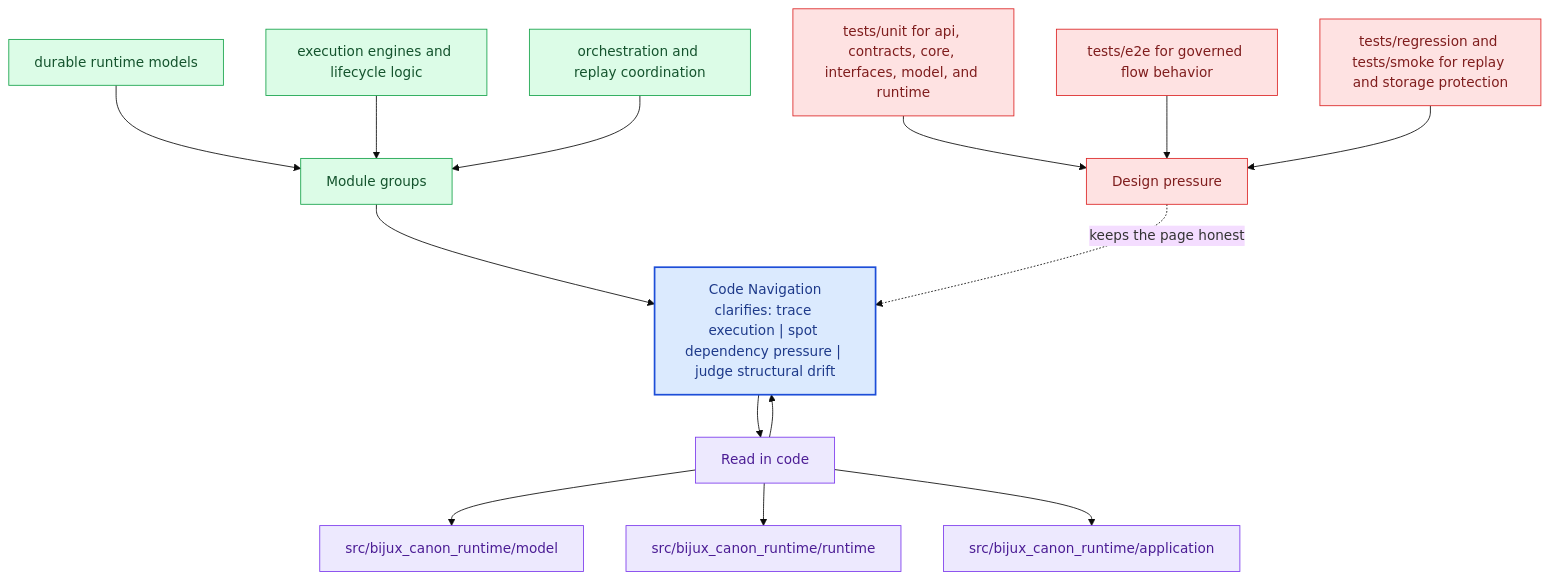
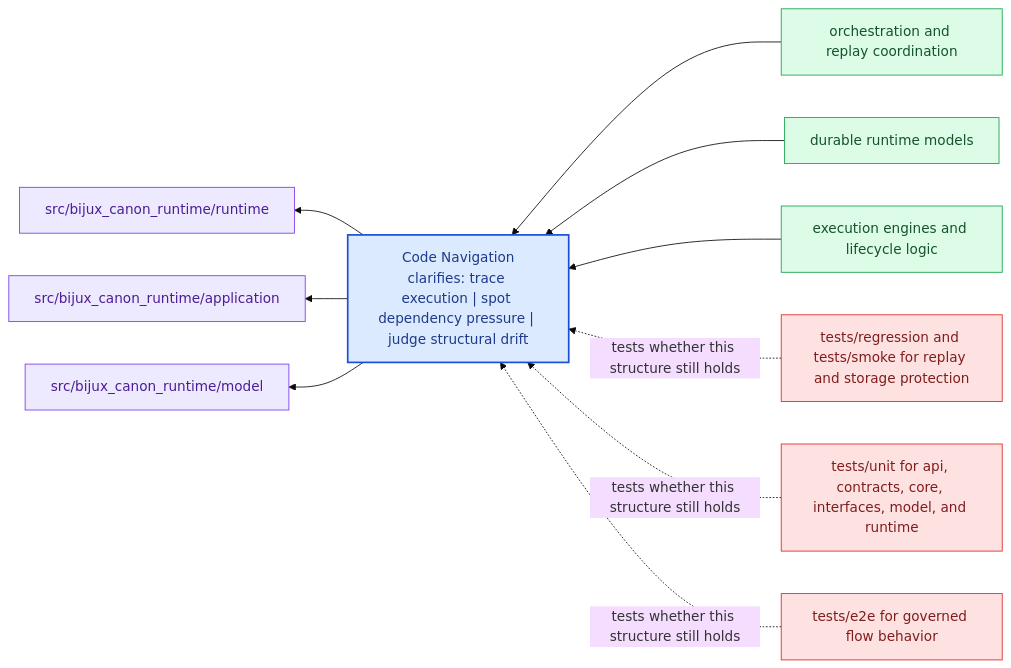
Before and after one commit to bijux/bijux-canon: the diagram in docs/bijux-canon-runtime/architecture/code-navigation.md, drawn with Mermaid (base theme). The commit also changed other lines of this file and 281 other files, not shown here.

Commit message:
docs(diagrams): replace repeated mermaid scaffolds with page-specific summaries

````diff
--- a/docs/bijux-canon-runtime/architecture/code-navigation.md
+++ b/docs/bijux-canon-runtime/architecture/code-navigation.md
@@ -66,40 +21,31 @@
 ```mermaid
-flowchart TB
-    promise["Code Navigation<br/>clarifies: trace execution | spot dependency pressure | judge structural drift"]
-    classDef promise fill:#dbeafe,stroke:#1d4ed8,color:#1e3a8a,stroke-width:2px;
-    classDef driver fill:#dcfce7,stroke:#16a34a,color:#14532d;
-    classDef constraint fill:#fee2e2,stroke:#dc2626,color:#7f1d1d;
-    classDef ground fill:#ede9fe,stroke:#7c3aed,color:#4c1d95;
-    focus1["Module groups"]
-    focus1 --> promise
-    focus1_1["durable runtime models"]
-    focus1_1 --> focus1
-    focus1_2["execution engines and lifecycle logic"]
-    focus1_2 --> focus1
-    focus1_3["orchestration and replay coordination"]
-    focus1_3 --> focus1
-    class focus1 driver;
-    class focus1_1,focus1_2,focus1_3 driver;
-    focus2["Read in code"]
-    focus2 --> promise
-    promise --> focus2
-    focus2_1["src/bijux_canon_runtime/model"]
-    focus2 --> focus2_1
-    focus2_2["src/bijux_canon_runtime/runtime"]
-    focus2 --> focus2_2
-    focus2_3["src/bijux_canon_runtime/application"]
-    focus2 --> focus2_3
-    class focus2 ground;
-    class focus2_1,focus2_2,focus2_3 ground;
-    focus3["Design pressure"]
-    focus3 -.keeps the page honest.-> promise
-    focus3_1["tests/unit for api, contracts, core, interfaces, model, and runtime"]
-    focus3_1 --> focus3
-    focus3_2["tests/e2e for governed flow behavior"]
-    focus3_2 --> focus3
-    focus3_3["tests/regression and tests/smoke for replay and storage protection"]
-    focus3_3 --> focus3
-    class focus3 constraint;
-    class focus3_1,focus3_2,focus3_3 constraint;
-    class promise promise;
+flowchart RL
+    page["Code Navigation<br/>clarifies: trace execution | spot dependency pressure | judge structural drift"]
+    classDef page fill:#dbeafe,stroke:#1d4ed8,color:#1e3a8a,stroke-width:2px;
+    classDef positive fill:#dcfce7,stroke:#16a34a,color:#14532d;
+    classDef caution fill:#fee2e2,stroke:#dc2626,color:#7f1d1d;
+    classDef anchor fill:#ede9fe,stroke:#7c3aed,color:#4c1d95;
+    classDef action fill:#fef3c7,stroke:#d97706,color:#7c2d12;
+    module1["orchestration and replay coordination"]
+    module1 --> page
+    module2["durable runtime models"]
+    module2 --> page
+    module3["execution engines and lifecycle logic"]
+    module3 --> page
+    code1["src/bijux_canon_runtime/runtime"]
+    page --> code1
+    code2["src/bijux_canon_runtime/application"]
+    page --> code2
+    code3["src/bijux_canon_runtime/model"]
+    page --> code3
+    pressure1["tests/regression and tests/smoke for replay and storage protection"]
+    pressure1 -.tests whether this structure still holds.-> page
+    pressure2["tests/unit for api, contracts, core, interfaces, model, and runtime"]
+    pressure2 -.tests whether this structure still holds.-> page
+    pressure3["tests/e2e for governed flow behavior"]
+    pressure3 -.tests whether this structure still holds.-> page
+    class page page;
+    class module1,module2,module3 positive;
+    class code1,code2,code3 anchor;
+    class pressure1,pressure2,pressure3 caution;
 ```
````
